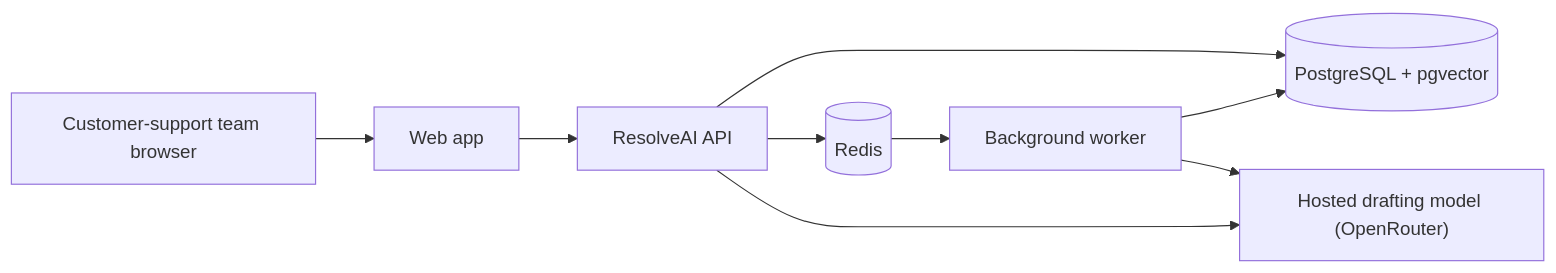
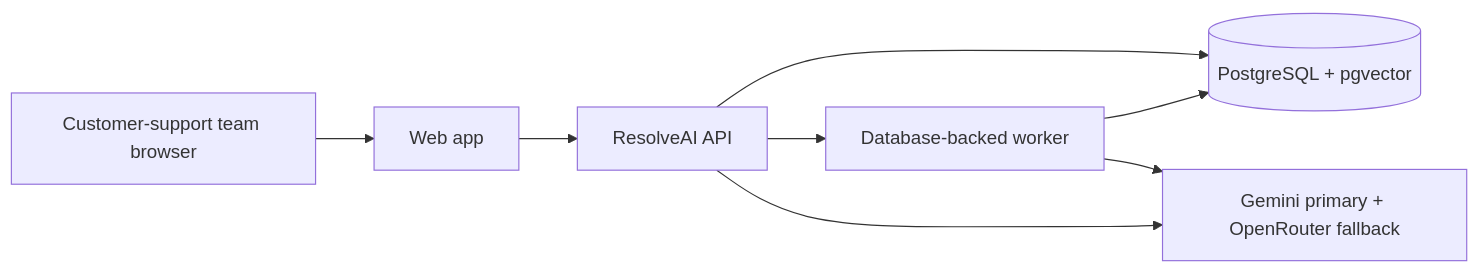
One commit to Shreyop12/resolveai-portfolio changed the diagram in docs/deployment-guide.md. Above: the diagram before and after it, drawn with Mermaid. The commit also changed other lines of this file and 11 other files, not shown here.

Commit message:
Add Gemini primary provider with hosted fallback

````diff
--- a/docs/deployment-guide.md
+++ b/docs/deployment-guide.md
@@ -7,11 +7,10 @@
 ```mermaid
 flowchart LR
   browser["Customer-support team browser"] --> web["Web app"]
   web --> api["ResolveAI API"]
   api --> database[("PostgreSQL + pgvector")]
-  api --> queue[("Redis")]
-  queue --> worker["Background worker"]
+  api --> worker["Database-backed worker"]
   worker --> database
-  api --> provider["Hosted drafting model (OpenRouter)"]
+  api --> provider["Gemini primary + OpenRouter fallback"]
   worker --> provider
 ```
````
